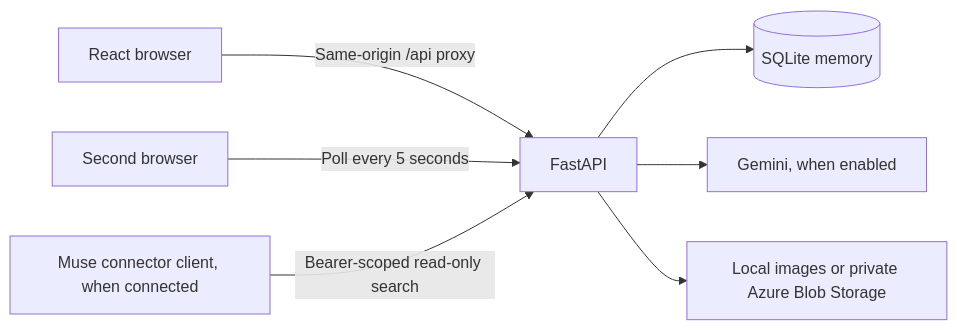
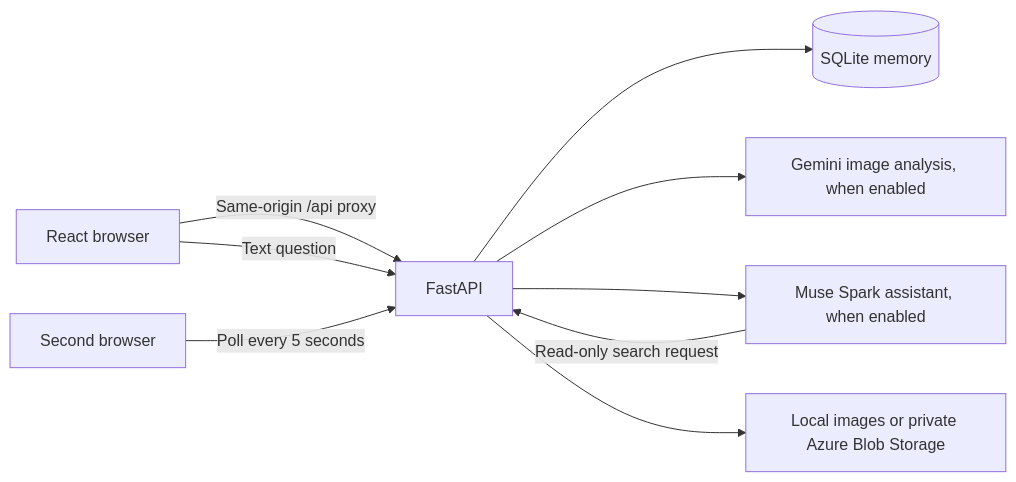
One commit to preespp/CalHacks_Kyuran_Alex_Pree_Ohn changed the first of 2 diagrams in docs/ARCHITECTURE.md. Above: the diagram before and after it, drawn with Mermaid. The commit also changed other lines of this file and 47 other files, not shown here.

````diff
--- a/docs/ARCHITECTURE.md
+++ b/docs/ARCHITECTURE.md
@@ -7,9 +7,11 @@
 ```mermaid
 flowchart LR
   Phone[React browser] -->|Same-origin /api proxy| API[FastAPI]
   API --> DB[(SQLite memory)]
-  API --> Vision[Gemini, when enabled]
+  API --> Vision[Gemini image analysis, when enabled]
+  Phone -->|Text question| API
+  API --> Agent[Muse Spark assistant, when enabled]
+  Agent -->|Read-only search request| API
   API --> Storage[Local images or private Azure Blob Storage]
   Other[Second browser] -->|Poll every 5 seconds| API
-  Connector[Muse connector client, when connected] -->|Bearer-scoped read-only search| API
 ```
````
